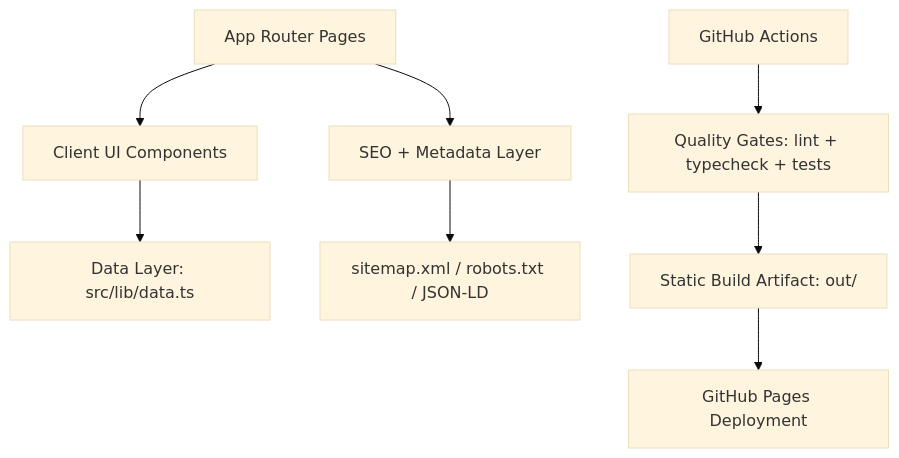
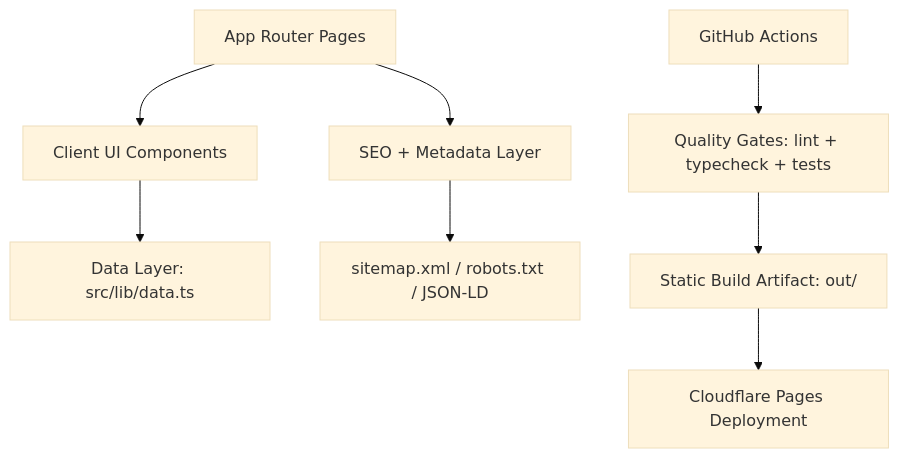
One commit to Raoof128/Portfolio changed the diagram in README.md. Above: the diagram before and after it, drawn with Mermaid (base theme). The commit also changed other lines of this file and 16 other files, not shown here.

````diff
--- a/README.md
+++ b/README.md
@@ -25,10 +25,10 @@
 ```mermaid
 flowchart TD
   A["App Router Pages"] --> B["Client UI Components"]
   B --> C["Data Layer: src/lib/data.ts"]
   A --> D["SEO + Metadata Layer"]
   D --> E["sitemap.xml / robots.txt / JSON-LD"]
   F["GitHub Actions"] --> G["Quality Gates: lint + typecheck + tests"]
   G --> H["Static Build Artifact: out/"]
-  H --> I["GitHub Pages Deployment"]
+  H --> I["Cloudflare Pages Deployment"]
 ```
````
